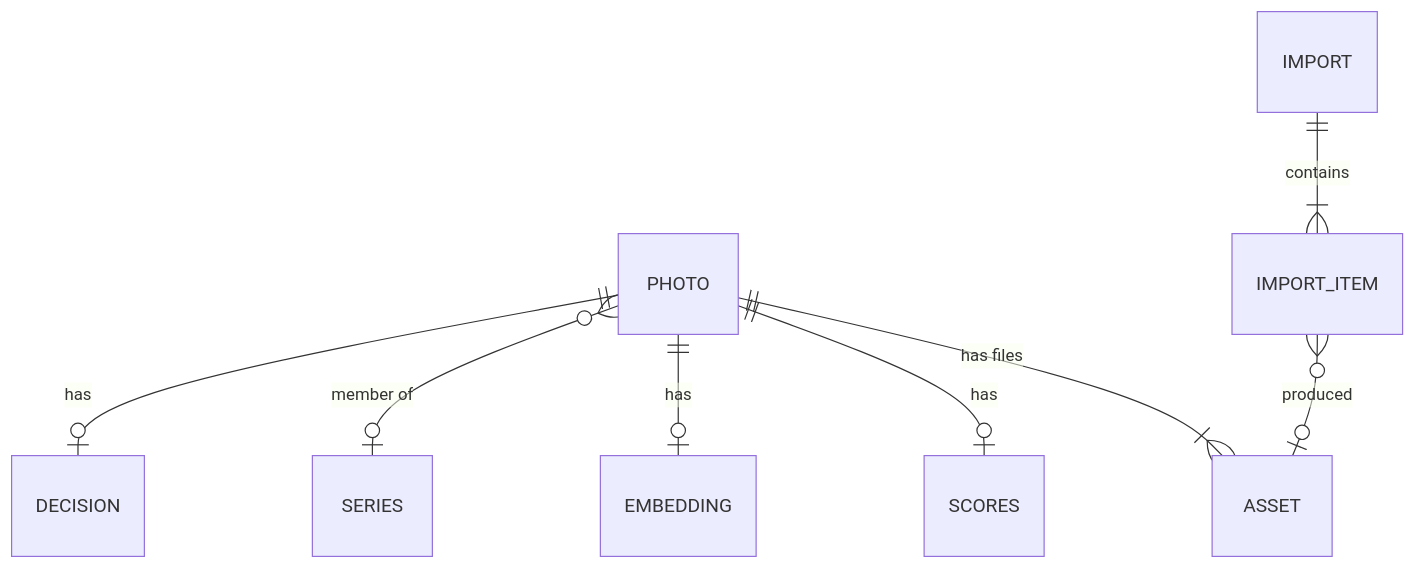
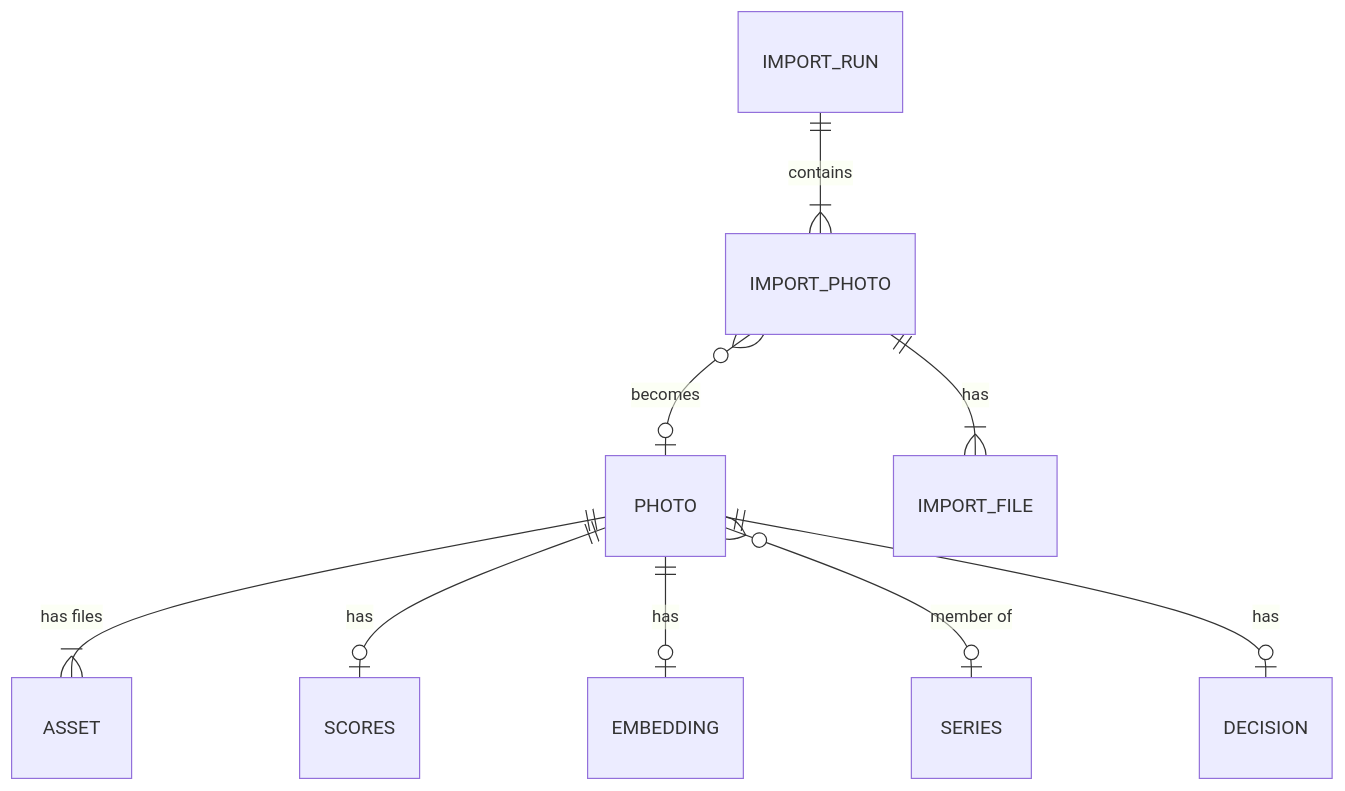
One commit to denyszorinets/picturesque changed the first of 2 diagrams in docs/architecture/data.rst. Above: the diagram before and after it, drawn with Mermaid. The commit also changed other lines of this file and 52 other files, not shown here.

```diff
--- a/docs/architecture/data.rst
+++ b/docs/architecture/data.rst
@@ -34,10 +34,11 @@
 .. mermaid::
 
    erDiagram
      PHOTO ||--|{ ASSET : "has files"
      PHOTO ||--o| SCORES : has
      PHOTO ||--o| EMBEDDING : has
      PHOTO }o--o| SERIES : "member of"
      PHOTO ||--o| DECISION : has
-     IMPORT ||--|{ IMPORT_ITEM : contains
-     IMPORT_ITEM }o--o| ASSET : produced
+     IMPORT_RUN ||--|{ IMPORT_PHOTO : contains
+     IMPORT_PHOTO ||--|{ IMPORT_FILE : has
+     IMPORT_PHOTO }o--o| PHOTO : "becomes"
```
